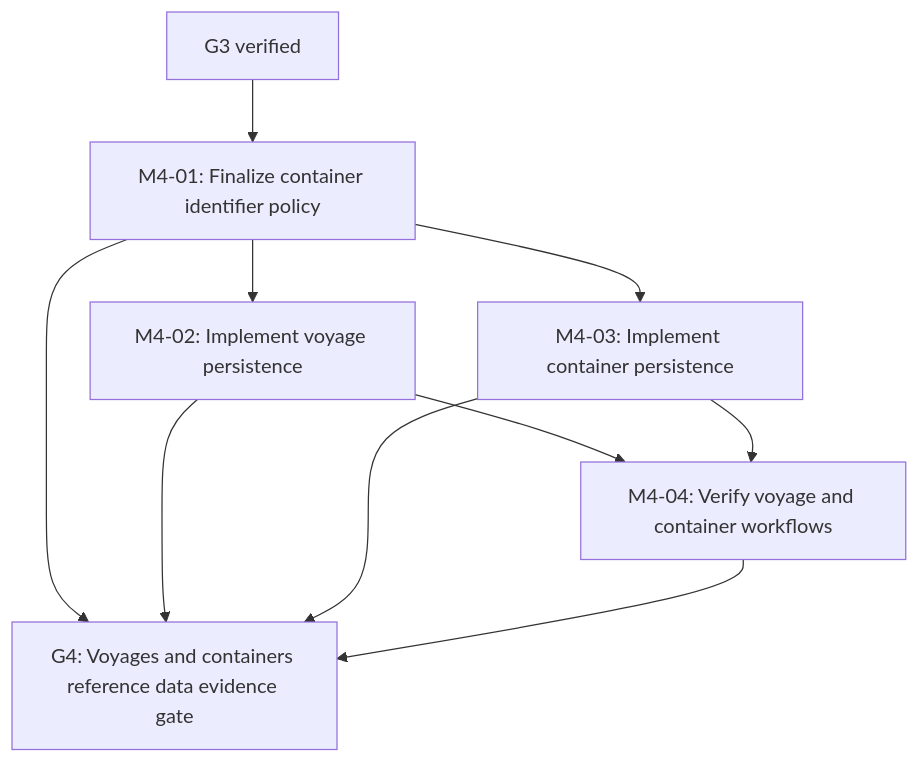
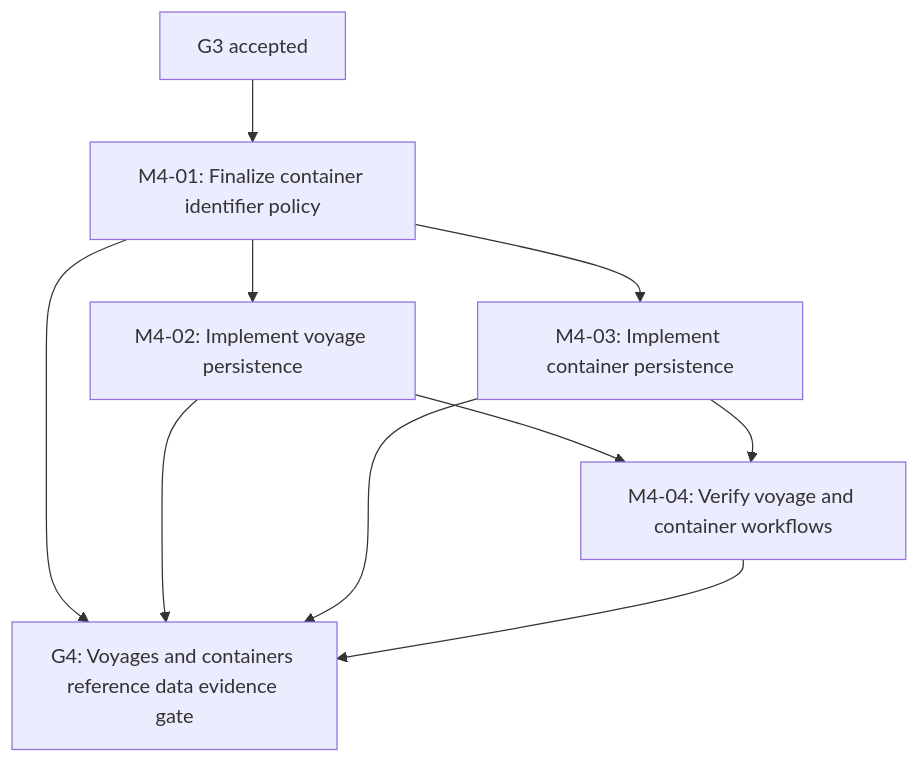
One commit to ekamal22/HarborOps-Enterprise-Maritime-Logistics-IT-Operations-Platform changed diagram 12 of 32 in docs/EXECUTION_GRAPH.md. Above: the diagram before and after it, drawn with Mermaid. The commit also changed other lines of this file and 2 other files, not shown here.

````diff
--- a/docs/EXECUTION_GRAPH.md
+++ b/docs/EXECUTION_GRAPH.md
@@ -265,18 +359,18 @@
 ```mermaid
 flowchart TD
   M4_01["M4-01: Finalize container identifier policy"]
   M4_02["M4-02: Implement voyage persistence"]
   M4_03["M4-03: Implement container persistence"]
   M4_04["M4-04: Verify voyage and container workflows"]
   G4["G4: Voyages and containers reference data evidence gate"]
-  G3["G3 verified"]
+  G3["G3 accepted"]
   G3 --> M4_01
   M4_01 --> M4_02
   M4_01 --> M4_03
   M4_02 --> M4_04
   M4_03 --> M4_04
   M4_01 --> G4
   M4_02 --> G4
   M4_03 --> G4
   M4_04 --> G4
 ```
````
